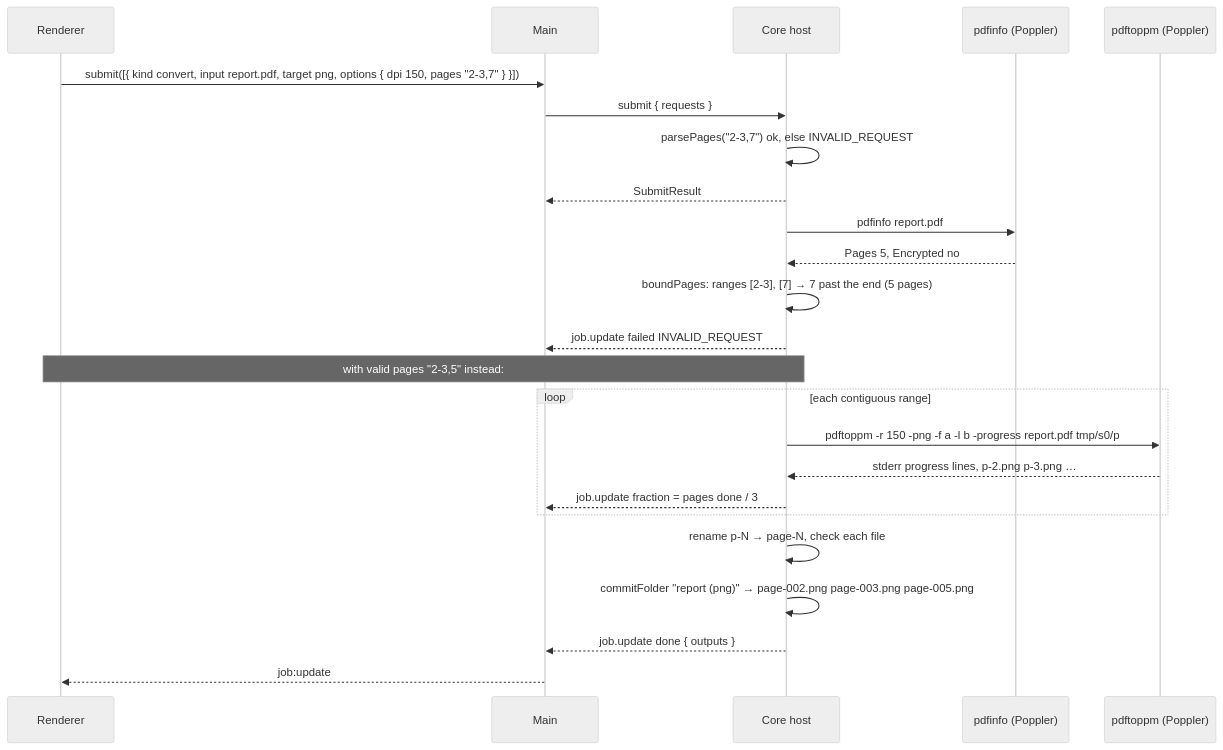
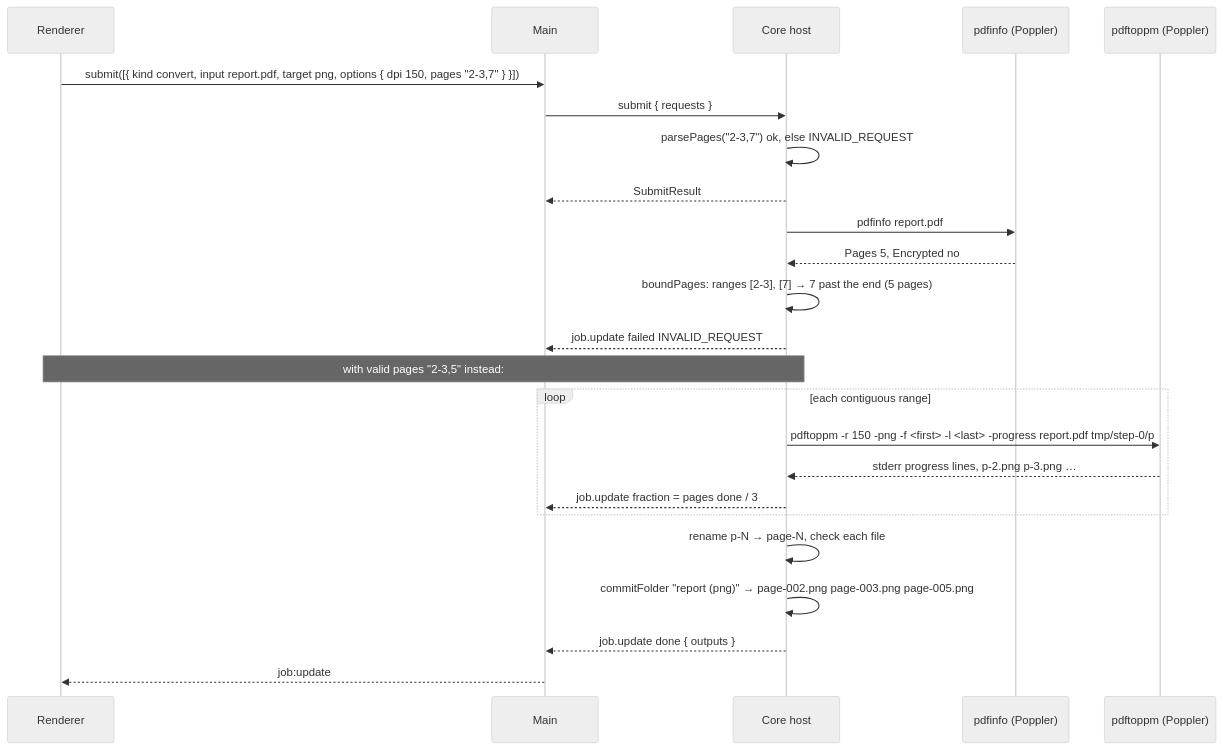
One commit to Anuragvish22/FileCon changed diagram 17 of 19 in docs/FLOWS.md. Above: the diagram before and after it, drawn with Mermaid (neutral theme). The commit also changed other lines of this file and 26 other files, not shown here.

First line of the commit message:
M0-4: graph and routing; lint-enforced naming rule

````diff
--- a/docs/FLOWS.md
+++ b/docs/FLOWS.md
@@ -456,26 +456,26 @@
 ```mermaid
 sequenceDiagram
   participant Renderer
   participant Main
   participant Core as Core host
   participant Info as pdfinfo (Poppler)
   participant Render as pdftoppm (Poppler)
   Renderer->>Main: submit([{ kind convert, input report.pdf, target png, options { dpi 150, pages "2-3,7" } }])
   Main->>Core: submit { requests }
   Core->>Core: parsePages("2-3,7") ok, else INVALID_REQUEST
   Core-->>Main: SubmitResult
   Core->>Info: pdfinfo report.pdf
   Info-->>Core: Pages 5, Encrypted no
   Core->>Core: boundPages: ranges [2-3], [7] → 7 past the end (5 pages)
   Core-->>Main: job.update failed INVALID_REQUEST
   Note over Renderer,Core: with valid pages "2-3,5" instead:
   loop each contiguous range
-    Core->>Render: pdftoppm -r 150 -png -f a -l b -progress report.pdf tmp/s0/p
+    Core->>Render: pdftoppm -r 150 -png -f <first> -l <last> -progress report.pdf tmp/step-0/p
     Render-->>Core: stderr progress lines, p-2.png p-3.png … 
     Core-->>Main: job.update fraction = pages done / 3
   end
   Core->>Core: rename p-N → page-N, check each file
   Core->>Core: commitFolder "report (png)" → page-002.png page-003.png page-005.png
   Core-->>Main: job.update done { outputs }
   Main-->>Renderer: job:update
 ```
````
